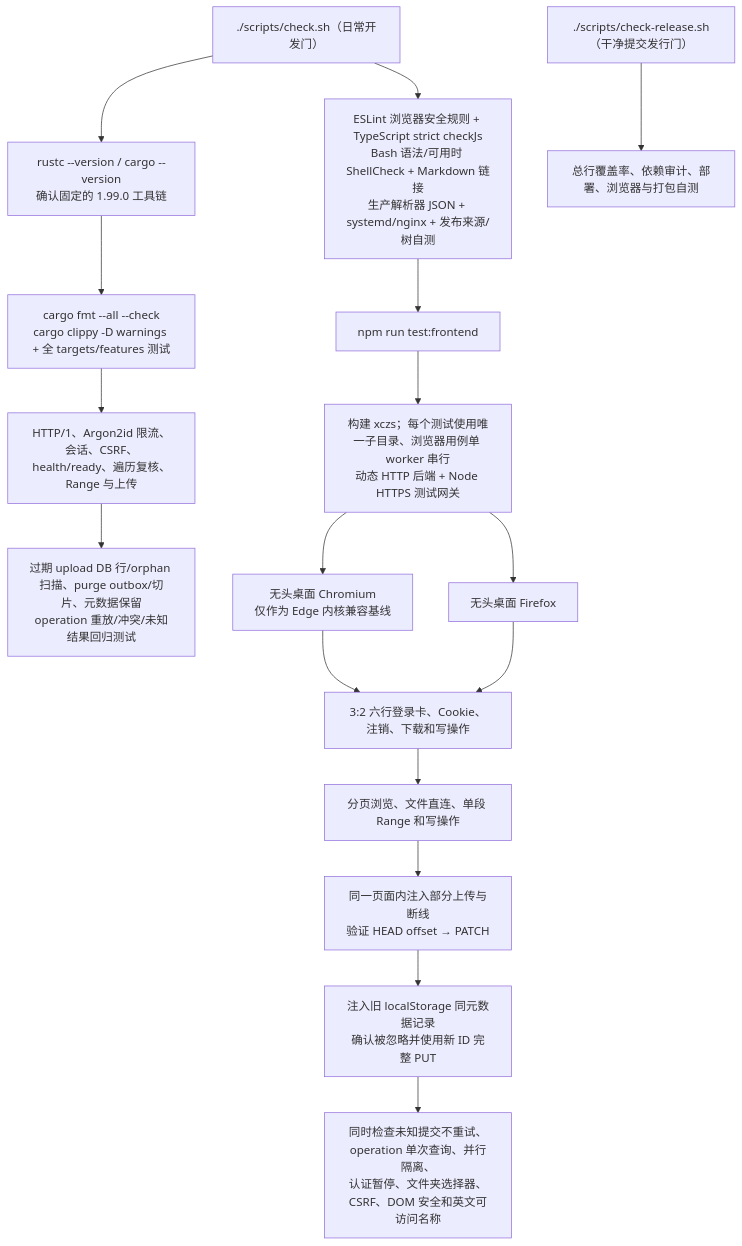
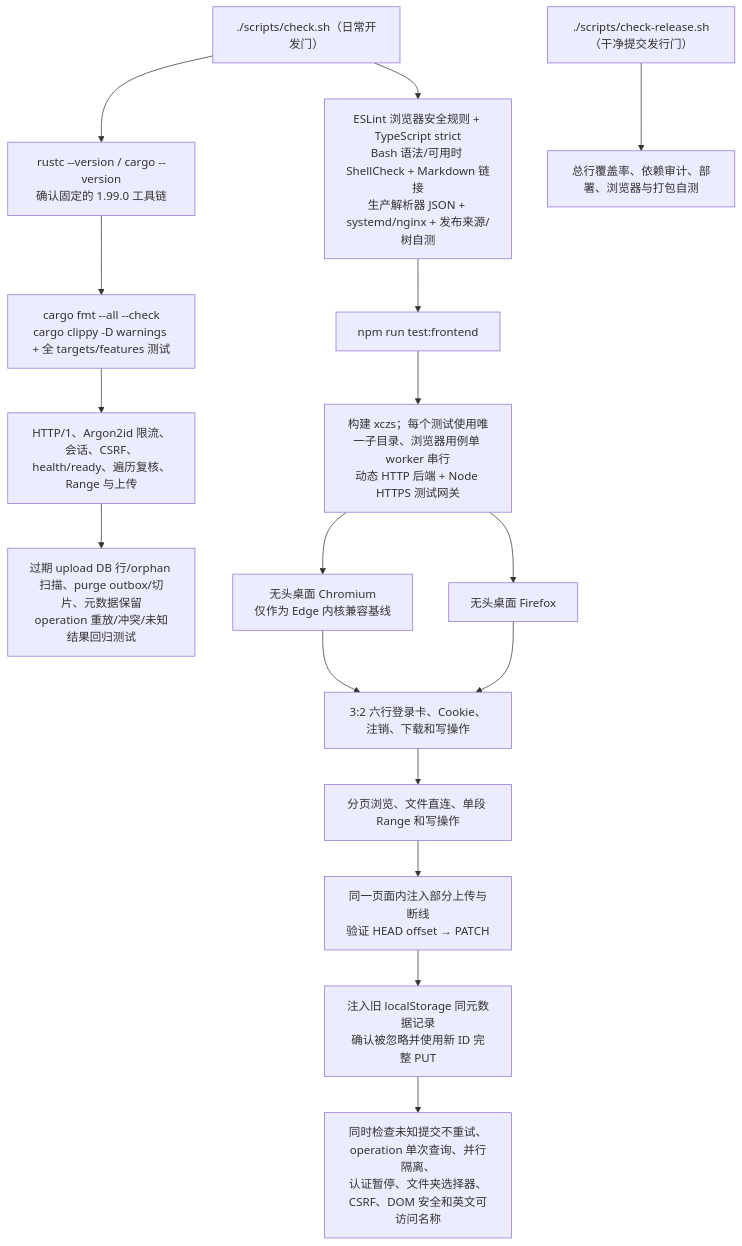
Before and after one commit to isarmg/dufs-ram-server: diagram 17 of 17 in docs/project-workflow.md, drawn with Mermaid. The commit also changed other lines of this file and 186 other files, not shown here.

````diff
--- a/docs/project-workflow.md
+++ b/docs/project-workflow.md
@@ -807,19 +807,19 @@
 ```mermaid
 flowchart TD
     TEST["./scripts/check.sh（日常开发门）"] --> TOOLCHAIN["rustc --version / cargo --version<br/>确认固定的 1.99.0 工具链"]
     TOOLCHAIN --> RUST["cargo fmt --all --check<br/>cargo clippy -D warnings + 全 targets/features 测试"]
     RELEASE["./scripts/check-release.sh（干净提交发行门）"] --> QUALITY["总行覆盖率、依赖审计、部署、浏览器与打包自测"]
-    TEST --> STATIC["ESLint 浏览器安全规则 + TypeScript strict checkJs<br/>Bash 语法/可用时 ShellCheck + Markdown 链接<br/>生产解析器 JSON + systemd/nginx + 发布来源/树自测"]
+    TEST --> STATIC["ESLint 浏览器安全规则 + TypeScript strict<br/>Bash 语法/可用时 ShellCheck + Markdown 链接<br/>生产解析器 JSON + systemd/nginx + 发布来源/树自测"]
     STATIC --> FRONT["npm run test:frontend"]
     RUST --> ROUTES["HTTP/1、Argon2id 限流、会话、CSRF、health/ready、遍历复核、Range 与上传"]
     ROUTES --> MAINTENANCE["过期 upload DB 行/orphan 扫描、purge outbox/切片、元数据保留<br/>operation 重放/冲突/未知结果回归测试"]
     FRONT --> BUILD["构建 xczs；每个测试使用唯一子目录、浏览器用例单 worker 串行<br/>动态 HTTP 后端 + Node HTTPS 测试网关"]
     BUILD --> CHROMIUM["无头桌面 Chromium<br/>仅作为 Edge 内核兼容基线"]
     BUILD --> FIREFOX["无头桌面 Firefox"]
     CHROMIUM --> FLOWS["3:2 六行登录卡、Cookie、注销、下载和写操作"]
     FIREFOX --> FLOWS
     FLOWS --> RANGE["分页浏览、文件直连、单段 Range 和写操作"]
     RANGE --> FAULT["同一页面内注入部分上传与断线<br/>验证 HEAD offset → PATCH"]
     FAULT --> IDENTITY["注入旧 localStorage 同元数据记录<br/>确认被忽略并使用新 ID 完整 PUT"]
     IDENTITY --> OTHER["同时检查未知提交不重试、operation 单次查询、并行隔离、<br/>认证暂停、文件夹选择器、CSRF、DOM 安全和英文可访问名称"]
 ```
````
